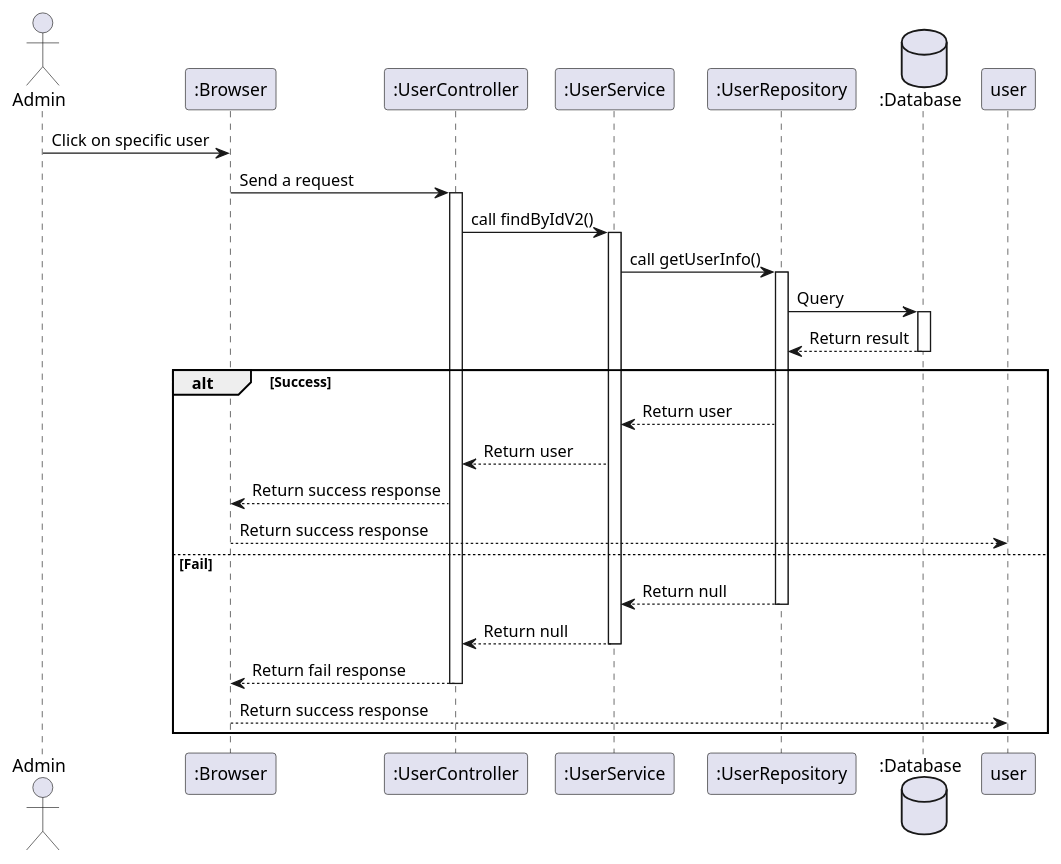
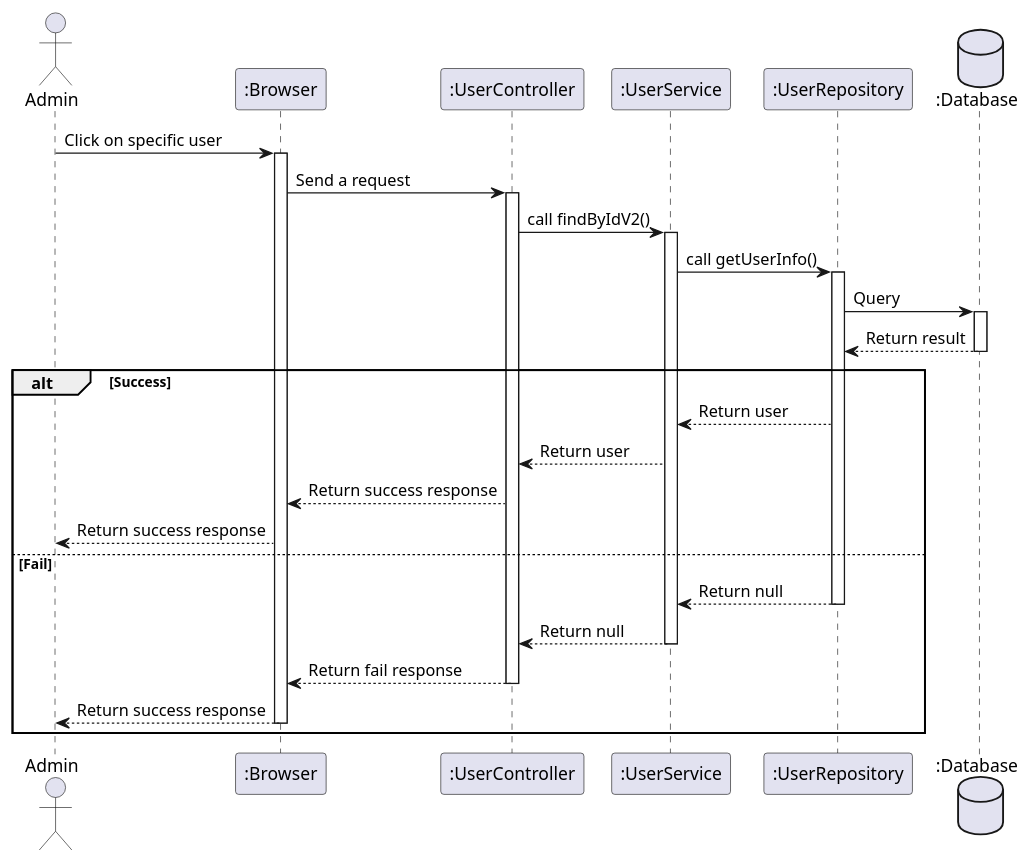
Before and after one commit to ngthanhtuung/ema-server: the diagram in docs/admin/sequence/getUser.plantuml, drawn with PlantUML. The commit also changed 11 other files, not shown here.

```diff
--- a/docs/admin/sequence/getUser.plantuml
+++ b/docs/admin/sequence/getUser.plantuml
@@ -1,28 +1,28 @@
 @startuml
 
-actor Admin as manager
+actor Admin as user
 
 participant ":Browser" as a
 participant ":UserController" as b
 participant ":UserService" as c
 participant ":UserRepository" as d
 database ":Database" as e
 
-manager -> a: Click on specific user
+user -> a++: Click on specific user
 a -> b++: Send a request
 b -> c++: call findByIdV2()
 c -> d++: call getUserInfo()
 d -> e++: Query
 e --> d--: Return result
 alt Success
     d --> c: Return user
     c --> b:  Return user
     b --> a: Return success response
     a --> user: Return success response
 else Fail 
     d --> c--: Return null
     c --> b--: Return null
     b --> a--: Return fail response
     a --> user--: Return success response
 end 
 @enduml
```
